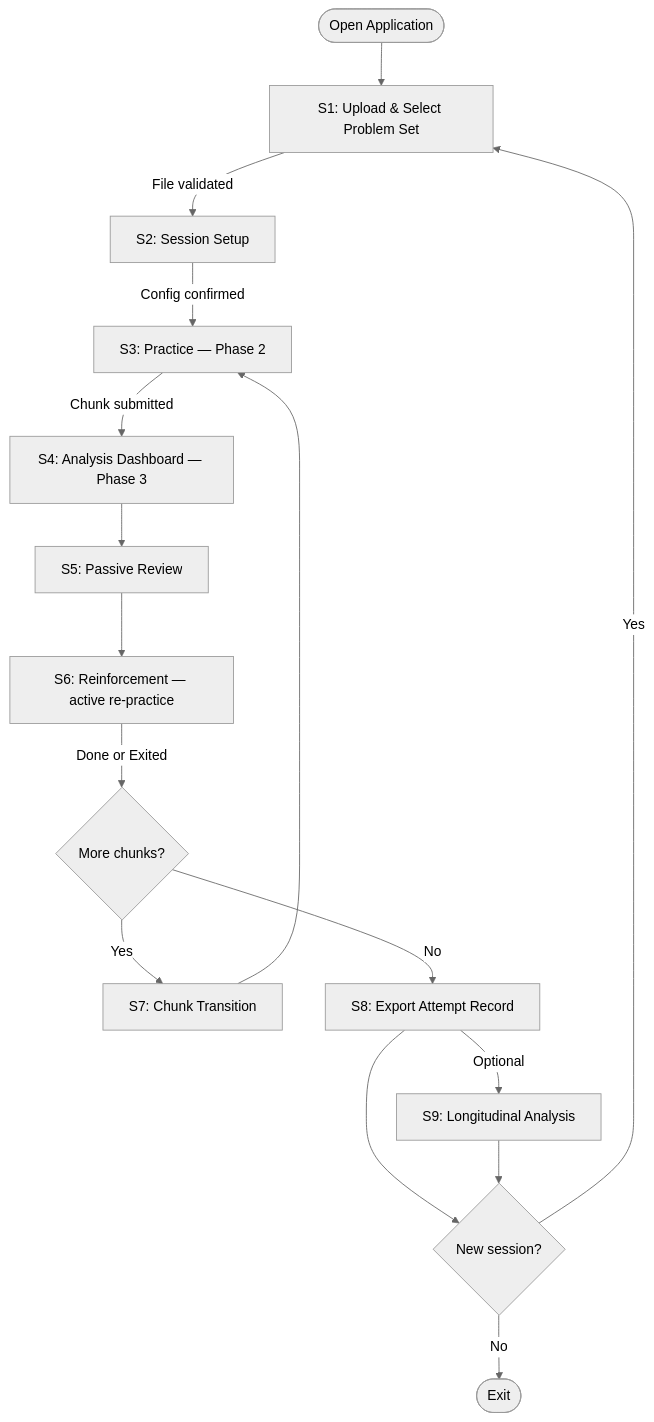
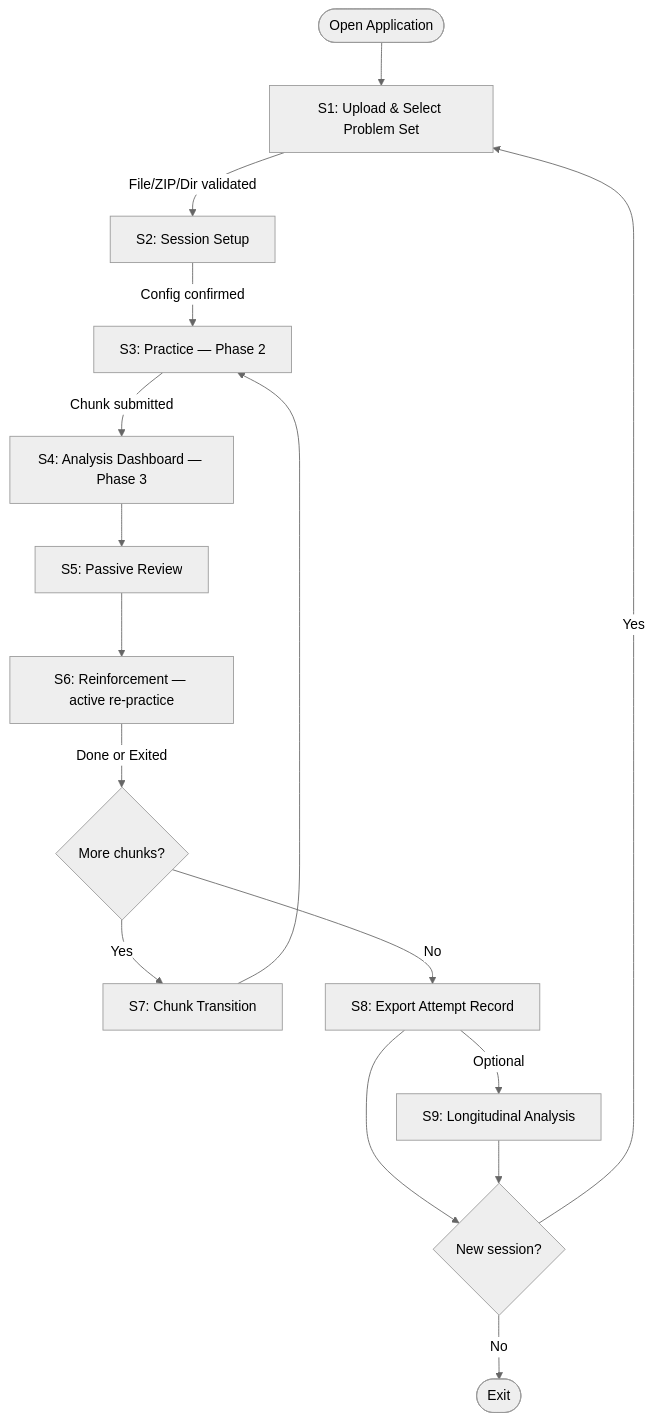
Before and after one commit to jaynote001/MCQTool: the first of 8 diagrams in 3_Architecture/2_User_Flow_Diagrams.md, drawn with Mermaid (neutral theme). The commit also changed other lines of this file and 3 other files, not shown here.

Commit message:
Update Architecture Diagrams

````diff
--- a/3_Architecture/2_User_Flow_Diagrams.md
+++ b/3_Architecture/2_User_Flow_Diagrams.md
@@ -9,21 +9,21 @@
 ```mermaid
 flowchart TD
     START([Open Application]) --> S1[S1: Upload & Select Problem Set]
-    S1 -->|File validated| S2[S2: Session Setup]
+    S1 -->|File/ZIP/Dir validated| S2[S2: Session Setup]
     S2 -->|Config confirmed| S3[S3: Practice — Phase 2]
 
     S3 -->|Chunk submitted| S4[S4: Analysis Dashboard — Phase 3]
     S4 --> S5[S5: Passive Review]
     S5 --> S6[S6: Reinforcement — active re-practice]
     S6 -->|Done or Exited| CHKCHUNK{More chunks?}
 
     CHKCHUNK -->|Yes| S7[S7: Chunk Transition]
     S7 --> S3
     CHKCHUNK -->|No| S8[S8: Export Attempt Record]
 
     S8 -->|Optional| S9[S9: Longitudinal Analysis]
     S8 --> NEWQ{New session?}
     S9 --> NEWQ
     NEWQ -->|Yes| S1
     NEWQ -->|No| END([Exit])
 ```
````
